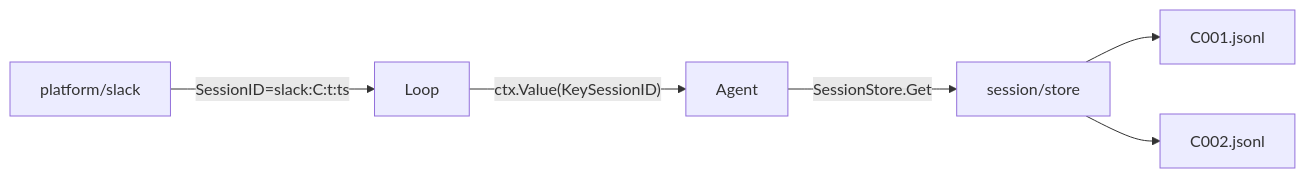
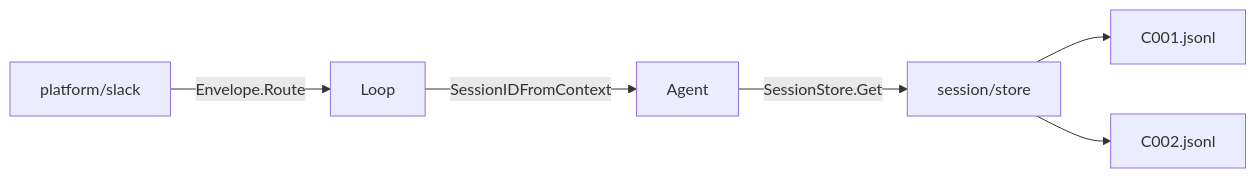
Before and after one commit to lengzhao/agentkit: the fourth of 5 diagrams in docs/go-agent-harness-architecture.zh.md, drawn with Mermaid. The commit also changed other lines of this file and 180 other files, not shown here.

First line of the commit message:
refactor(session): migrate to TurnEnvelope and unified session routing

````diff
--- a/docs/go-agent-harness-architecture.zh.md
+++ b/docs/go-agent-harness-architecture.zh.md
@@ -885,8 +897,8 @@
 ```mermaid
 flowchart LR
-  Slack["platform/slack"] -->|"SessionID=slack:C:t:ts"| Loop
-  Loop -->|"ctx.Value(KeySessionID)"| Agent
+  Slack["platform/slack"] -->|"Envelope.Route"| Loop
+  Loop -->|"SessionIDFromContext"| Agent
   Agent -->|"SessionStore.Get"| Store["session/store"]
   Store --> F1["C001.jsonl"]
   Store --> F2["C002.jsonl"]
 ```
````
